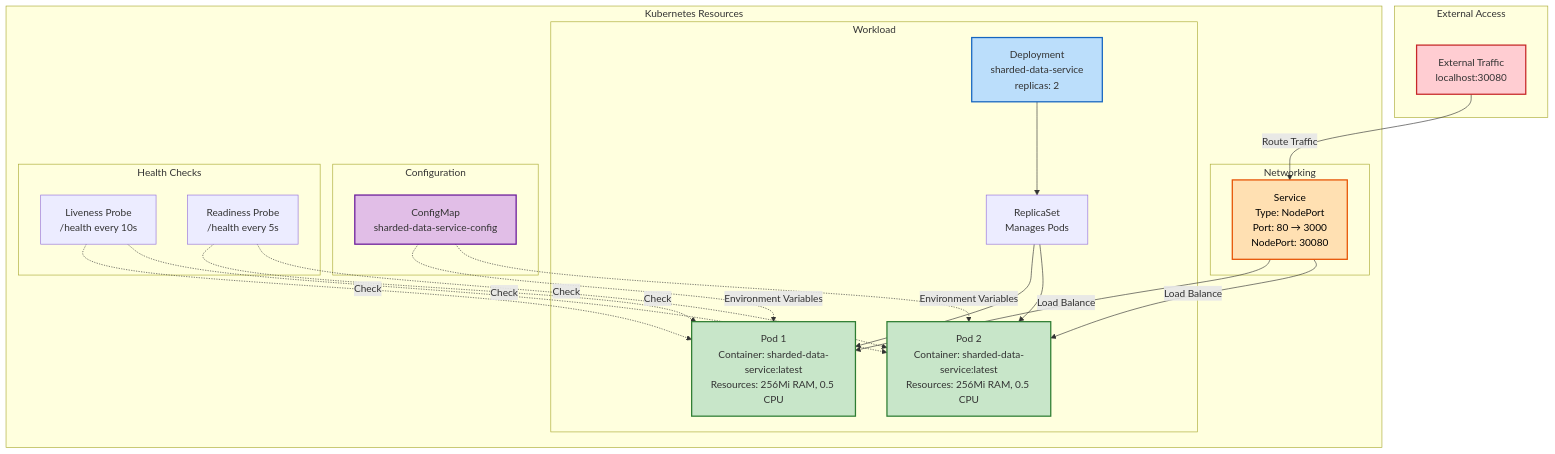
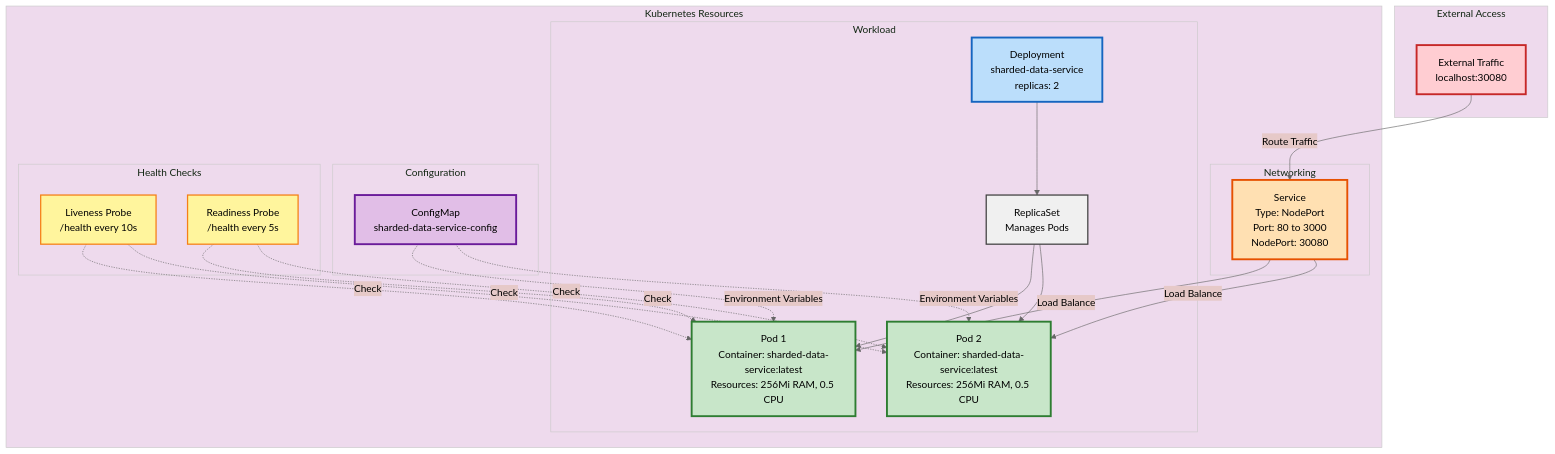
One commit to Demilade01/sharded-data-service changed the seventh of 10 diagrams in ARCHITECTURE.md. Above: the diagram before and after it, drawn with Mermaid. The commit also changed other lines of this file, not shown here.

````diff
--- a/ARCHITECTURE.md
+++ b/ARCHITECTURE.md
@@ -294,48 +294,52 @@
 ```mermaid
+%%{init: {'theme':'base', 'themeVariables': { 'primaryColor':'#c8e6c9','primaryTextColor':'#000','primaryBorderColor':'#2e7d32','lineColor':'#666'}}}%%
 graph TB
     subgraph "Kubernetes Resources"
         subgraph "Workload"
             Deploy[Deployment<br/>sharded-data-service<br/>replicas: 2]
             RS[ReplicaSet<br/>Manages Pods]
             Pod1[Pod 1<br/>Container: sharded-data-service:latest<br/>Resources: 256Mi RAM, 0.5 CPU]
             Pod2[Pod 2<br/>Container: sharded-data-service:latest<br/>Resources: 256Mi RAM, 0.5 CPU]
         end
 
         subgraph "Networking"
-            Svc[Service<br/>Type: NodePort<br/>Port: 80 → 3000<br/>NodePort: 30080]
+            Svc[Service<br/>Type: NodePort<br/>Port: 80 to 3000<br/>NodePort: 30080]
         end
 
         subgraph "Configuration"
             CM[ConfigMap<br/>sharded-data-service-config]
         end
 
         subgraph "Health Checks"
             Live[Liveness Probe<br/>/health every 10s]
             Ready[Readiness Probe<br/>/health every 5s]
         end
     end
 
     subgraph "External Access"
         Ext[External Traffic<br/>localhost:30080]
     end
 
     Deploy --> RS
     RS --> Pod1
     RS --> Pod2
     CM -.->|Environment Variables| Pod1
     CM -.->|Environment Variables| Pod2
     Live -.->|Check| Pod1
     Live -.->|Check| Pod2
     Ready -.->|Check| Pod1
     Ready -.->|Check| Pod2
     Ext -->|Route Traffic| Svc
     Svc -->|Load Balance| Pod1
     Svc -->|Load Balance| Pod2
 
-    style Deploy fill:#bbdefb,stroke:#1565c0,stroke-width:2px
-    style Svc fill:#ffe0b2,stroke:#e65100,stroke-width:2px,color:#000
-    style Pod1 fill:#c8e6c9,stroke:#2e7d32,stroke-width:2px
-    style Pod2 fill:#c8e6c9,stroke:#2e7d32,stroke-width:2px
-    style CM fill:#e1bee7,stroke:#6a1b9a,stroke-width:2px
-    style Ext fill:#ffcdd2,stroke:#c62828,stroke-width:2px
+    style Deploy fill:#bbdefb,stroke:#1565c0,stroke-width:3px,color:#000
+    style Svc fill:#ffe0b2,stroke:#e65100,stroke-width:3px,color:#000
+    style Pod1 fill:#c8e6c9,stroke:#2e7d32,stroke-width:3px,color:#000
+    style Pod2 fill:#c8e6c9,stroke:#2e7d32,stroke-width:3px,color:#000
+    style CM fill:#e1bee7,stroke:#6a1b9a,stroke-width:3px,color:#000
+    style Ext fill:#ffcdd2,stroke:#c62828,stroke-width:3px,color:#000
+    style RS fill:#f0f0f0,stroke:#424242,stroke-width:2px,color:#000
+    style Live fill:#fff59d,stroke:#f57f17,stroke-width:2px,color:#000
+    style Ready fill:#fff59d,stroke:#f57f17,stroke-width:2px,color:#000
 ```
````
